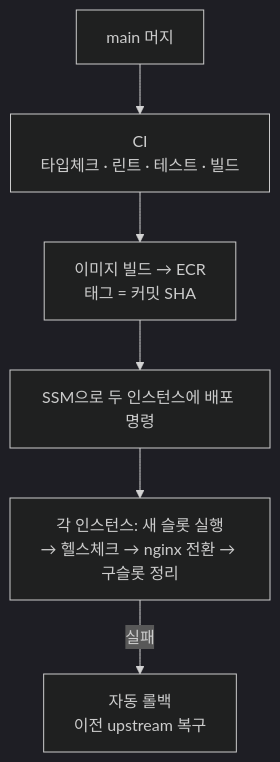
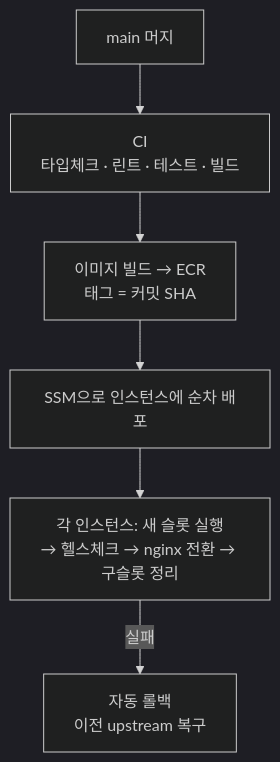
Before and after one commit to final-pjt-supply/bidmate-frontend: the second of 2 diagrams in README.md, drawn with Mermaid (dark theme). The commit also changed other lines of this file, not shown here.

````diff
--- a/README.md
+++ b/README.md
@@ -43,8 +179,8 @@
 ```mermaid
 flowchart TD
     M[main 머지] --> CI["CI<br/>타입체크 · 린트 · 테스트 · 빌드"]
     CI --> B["이미지 빌드 → ECR<br/>태그 = 커밋 SHA"]
-    B --> S["SSM으로 두 인스턴스에 배포 명령"]
+    B --> S["SSM으로 인스턴스에 순차 배포"]
     S --> D["각 인스턴스: 새 슬롯 실행<br/>→ 헬스체크 → nginx 전환 → 구슬롯 정리"]
     D -->|실패| R["자동 롤백<br/>이전 upstream 복구"]
 ```
````
